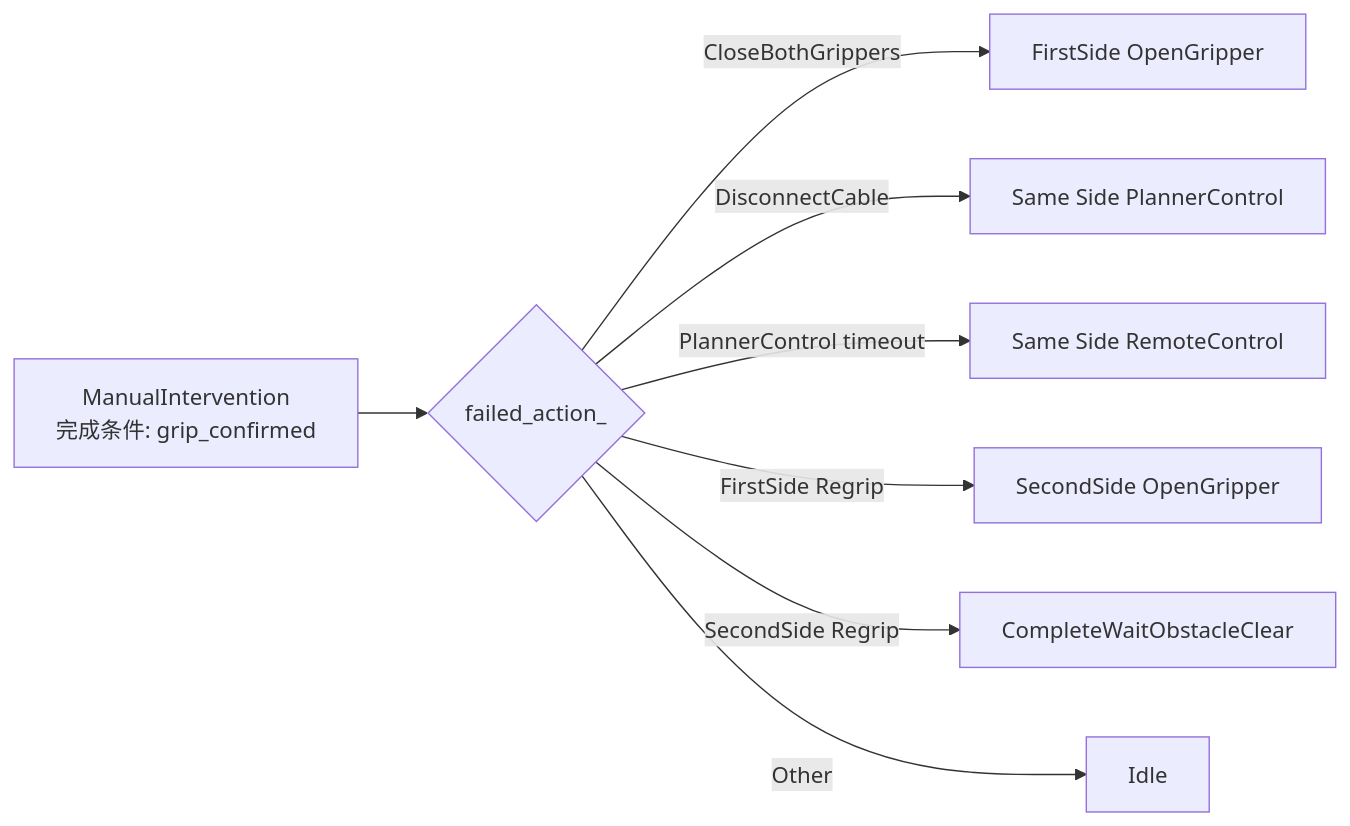
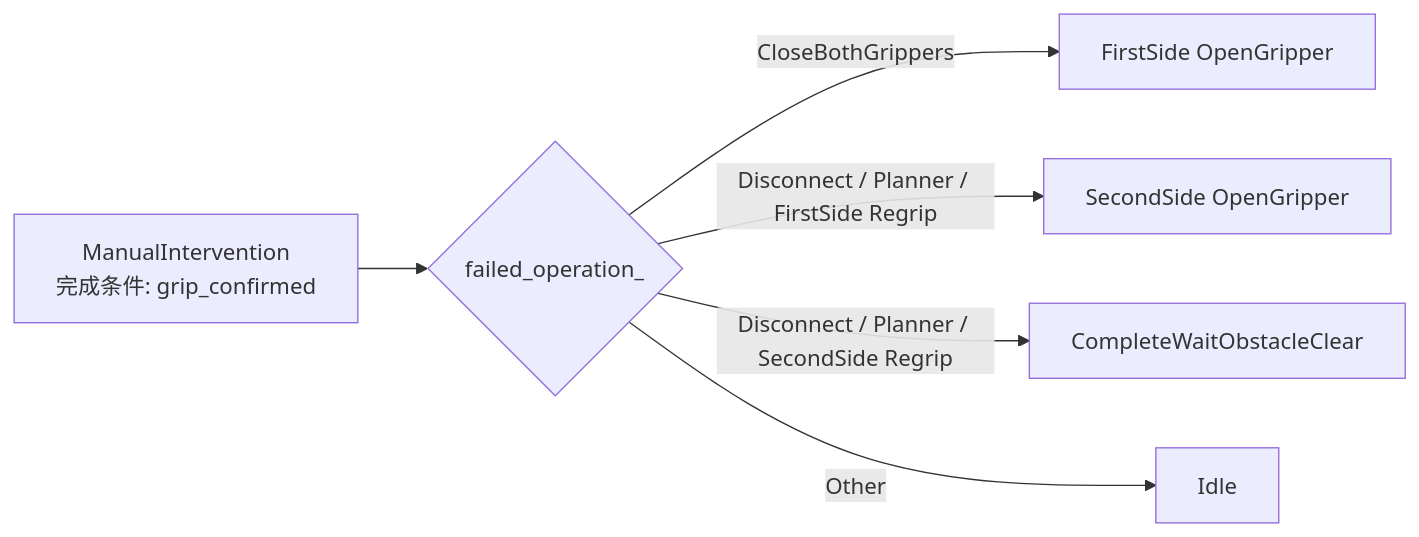
Before and after one commit to major173/b29_control: the eighth of 12 diagrams in b29_controllers/b29_smc_auto_controller/OBSTACLE_CROSSING_WORKFLOW.md, drawn with Mermaid. The commit also changed other lines of this file and 63 other files, not shown here.

Commit message:
Complete the development of the obstacle crossing workflow, integrate the motion planner, and enable lower-level remote control access during obstacle crossing.

````diff
--- a/b29_controllers/b29_smc_auto_controller/OBSTACLE_CROSSING_WORKFLOW.md
+++ b/b29_controllers/b29_smc_auto_controller/OBSTACLE_CROSSING_WORKFLOW.md
@@ -198,10 +190,8 @@
 ```mermaid
 flowchart LR
-  MI["ManualIntervention\n完成条件: grip_confirmed"] --> A{"failed_action_"}
+  MI["ManualIntervention\n完成条件: grip_confirmed"] --> A{"failed_operation_"}
   A -->|CloseBothGrippers| FO["FirstSide OpenGripper"]
-  A -->|DisconnectCable| P["Same Side PlannerControl"]
-  A -->|PlannerControl timeout| RC["Same Side RemoteControl"]
-  A -->|FirstSide Regrip| SO["SecondSide OpenGripper"]
-  A -->|SecondSide Regrip| W["CompleteWaitObstacleClear"]
+  A -->|Disconnect / Planner / FirstSide Regrip| SO["SecondSide OpenGripper"]
+  A -->|Disconnect / Planner / SecondSide Regrip| W["CompleteWaitObstacleClear"]
   A -->|Other| I["Idle"]
 ```
````
